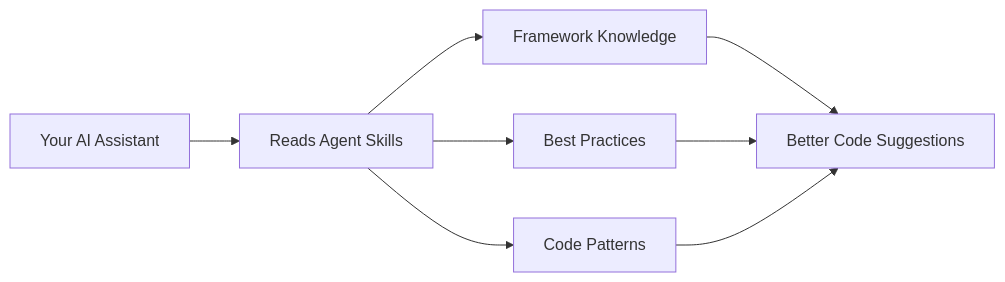
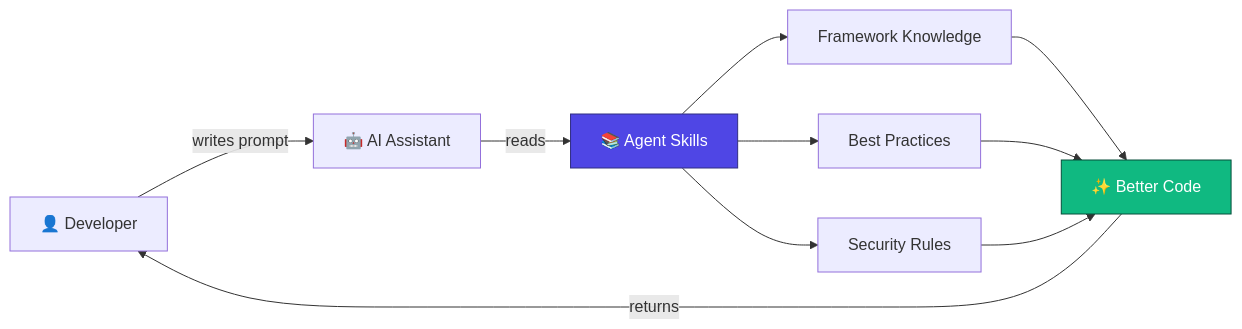
Before and after one commit to piruin/odoo-agent-skills: the diagram in README.md, drawn with Mermaid. The commit also changed other lines of this file, not shown here.

````diff
--- a/README.md
+++ b/README.md
@@ -112,10 +203,15 @@
 ```mermaid
-graph LR
-    A[Your AI Assistant] --> B[Reads Agent Skills]
-    B --> C[Framework Knowledge]
-    B --> D[Best Practices]
-    B --> E[Code Patterns]
-    C --> F[Better Code Suggestions]
-    D --> F
-    E --> F
+flowchart LR
+    A[👤 Developer] -->|writes prompt| B[🤖 AI Assistant]
+    B -->|reads| C[📚 Agent Skills]
+    C --> D[Framework Knowledge]
+    C --> E[Best Practices]
+    C --> F[Security Rules]
+    D --> G[✨ Better Code]
+    E --> G
+    F --> G
+    G -->|returns| A
+
+    style C fill:#4f46e5,stroke:#312e81,color:#fff
+    style G fill:#10b981,stroke:#064e3b,color:#fff
 ```
````
